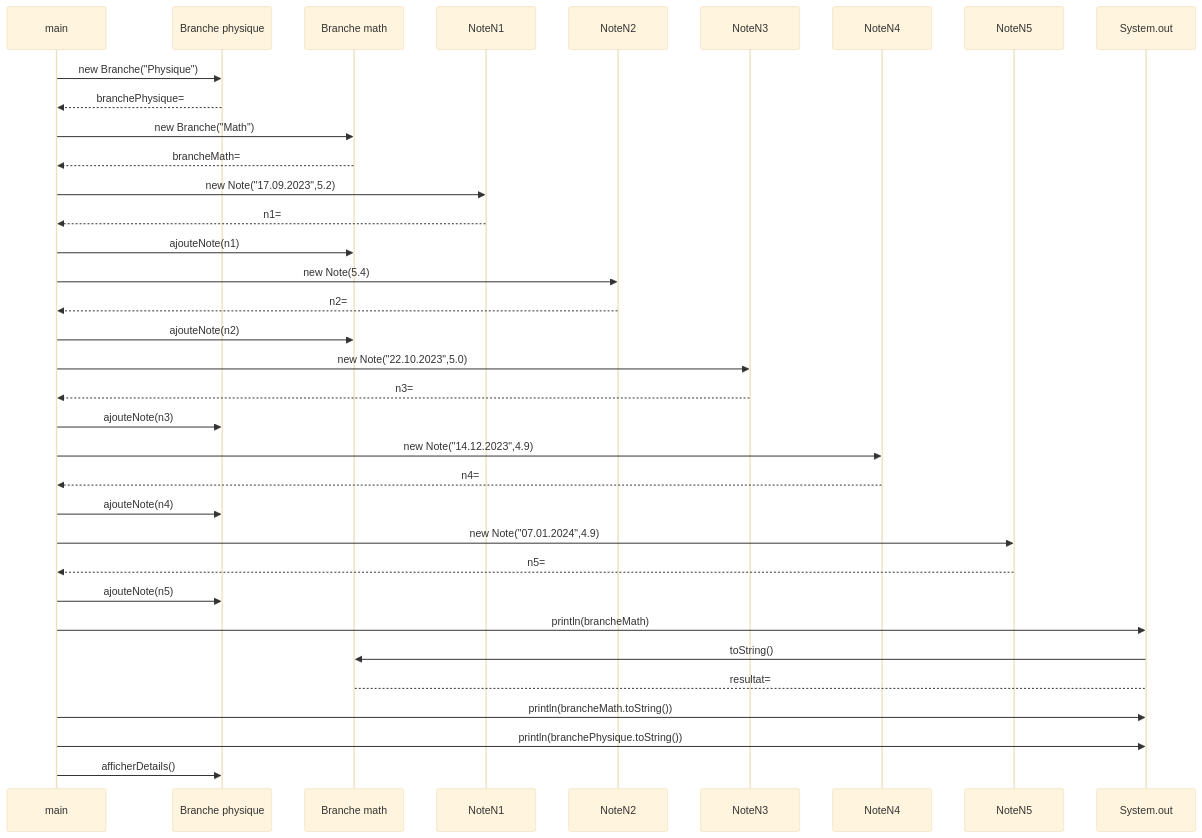
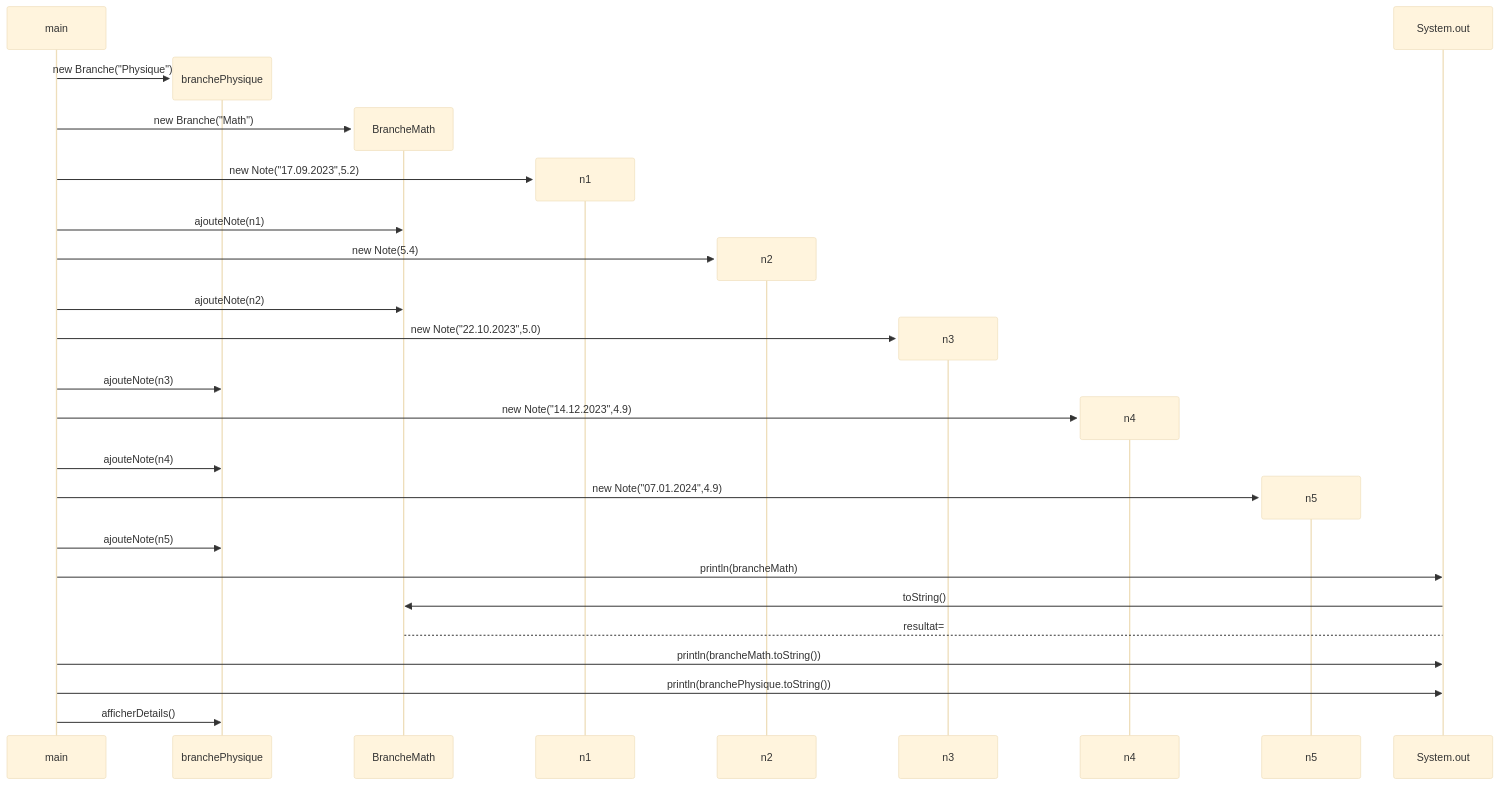
Before and after one commit to emf-info-d400/Ex06-NotesEMF: the third of 3 diagrams in README.md, drawn with Mermaid (base theme).

Commit message:
correction sequence diagram

````diff
--- a/README.md
+++ b/README.md
@@ -78,29 +78,29 @@
 ```mermaid
 sequenceDiagram
     participant main
-    main->>Branche physique: new Branche("Physique")
-    Branche physique-->>main: branchePhysique=
-    main->>Branche math: new Branche("Math")
-    Branche math-->>main: brancheMath=
-    main->>NoteN1: new Note("17.09.2023",5.2)
-    NoteN1-->>main: n1=
-    main->>Branche math: ajouteNote(n1)
-    main->>NoteN2: new Note(5.4)
-    NoteN2-->>main: n2=
-    main->>Branche math: ajouteNote(n2)
-    main->>NoteN3: new Note("22.10.2023",5.0)
-    NoteN3-->>main: n3=
-    main->>Branche physique: ajouteNote(n3)
-    main->>NoteN4: new Note("14.12.2023",4.9)
-    NoteN4-->>main: n4=
-    main->>Branche physique: ajouteNote(n4)
-    main->>NoteN5: new Note("07.01.2024",4.9)
-    NoteN5-->>main: n5=
-    main->>Branche physique: ajouteNote(n5)
+    create participant branchePhysique
+    main->>branchePhysique: new Branche("Physique")
+    create participant BrancheMath
+    main->>BrancheMath: new Branche("Math")
+    create participant n1
+    main->>n1: new Note("17.09.2023",5.2)
+    main->>BrancheMath: ajouteNote(n1)
+    create participant n2
+    main->>n2: new Note(5.4)
+    main->>BrancheMath: ajouteNote(n2)
+    create participant n3
+    main->>n3: new Note("22.10.2023",5.0)
+    main->>branchePhysique: ajouteNote(n3)
+    create participant n4
+    main->>n4: new Note("14.12.2023",4.9)
+    main->>branchePhysique: ajouteNote(n4)
+    create participant n5
+    main->>n5: new Note("07.01.2024",4.9)
+    main->>branchePhysique: ajouteNote(n5)
     main->>System.out: println(brancheMath)
-    System.out->>Branche math: toString()
-    Branche math-->System.out: resultat=
+    System.out->>BrancheMath: toString()
+    BrancheMath-->System.out: resultat=
     main->>System.out: println(brancheMath.toString())
     main->>System.out: println(branchePhysique.toString())
-    main->>Branche physique: afficherDetails()
+    main->>branchePhysique: afficherDetails()
 ```
````
